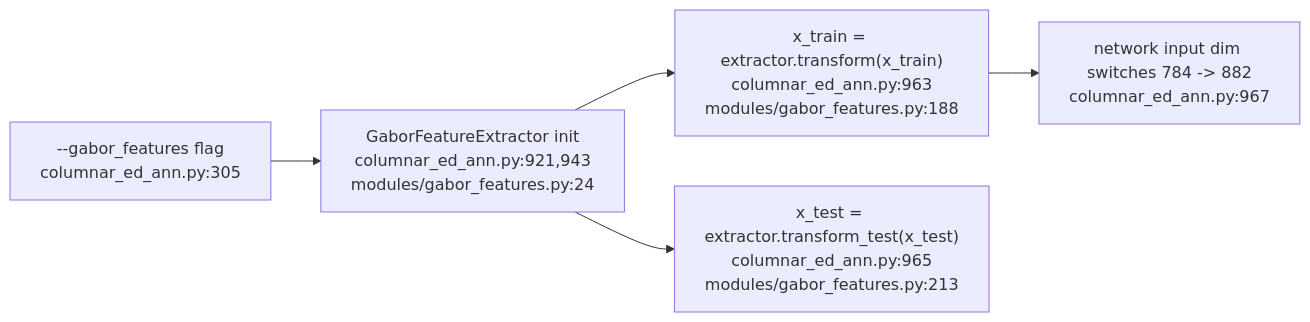
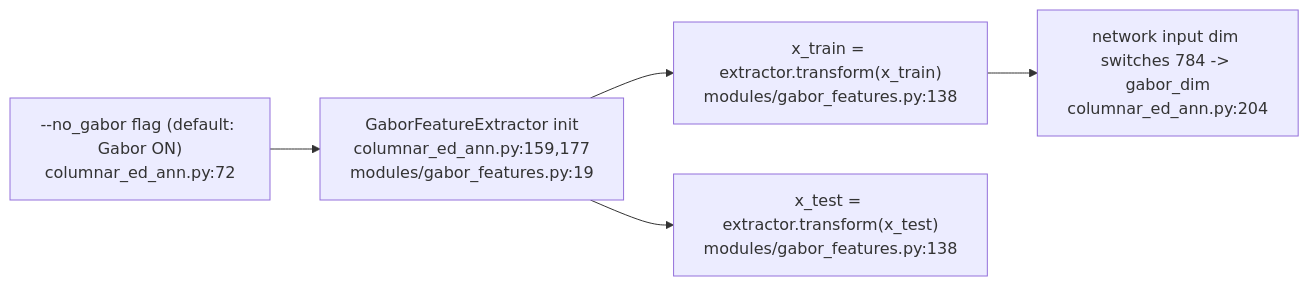
One commit to yoiwa0714/columnar_ed_ann changed the fifth of 6 diagrams in docs/ja/ed_learning_mechanism_anchors.md. Above: the diagram before and after it, drawn with Mermaid. The commit also changed other lines of this file and 3 other files, not shown here.

````diff
--- a/docs/ja/ed_learning_mechanism_anchors.md
+++ b/docs/ja/ed_learning_mechanism_anchors.md
@@ -101,7 +95,7 @@
 ```mermaid
 flowchart LR
-    A["--gabor_features flag<br/>columnar_ed_ann.py:305"] --> B["GaborFeatureExtractor init<br/>columnar_ed_ann.py:921,943<br/>modules/gabor_features.py:24"]
-    B --> C["x_train = extractor.transform(x_train)<br/>columnar_ed_ann.py:963<br/>modules/gabor_features.py:188"]
-    B --> D["x_test = extractor.transform_test(x_test)<br/>columnar_ed_ann.py:965<br/>modules/gabor_features.py:213"]
-    C --> E["network input dim switches 784 -> 882<br/>columnar_ed_ann.py:967"]
+    A["--no_gabor flag (default: Gabor ON)<br/>columnar_ed_ann.py:72"] --> B["GaborFeatureExtractor init<br/>columnar_ed_ann.py:159,177<br/>modules/gabor_features.py:19"]
+    B --> C["x_train = extractor.transform(x_train)<br/>modules/gabor_features.py:138"]
+    B --> D["x_test = extractor.transform(x_test)<br/>modules/gabor_features.py:138"]
+    C --> E["network input dim switches 784 -> gabor_dim<br/>columnar_ed_ann.py:204"]
 ```
````
